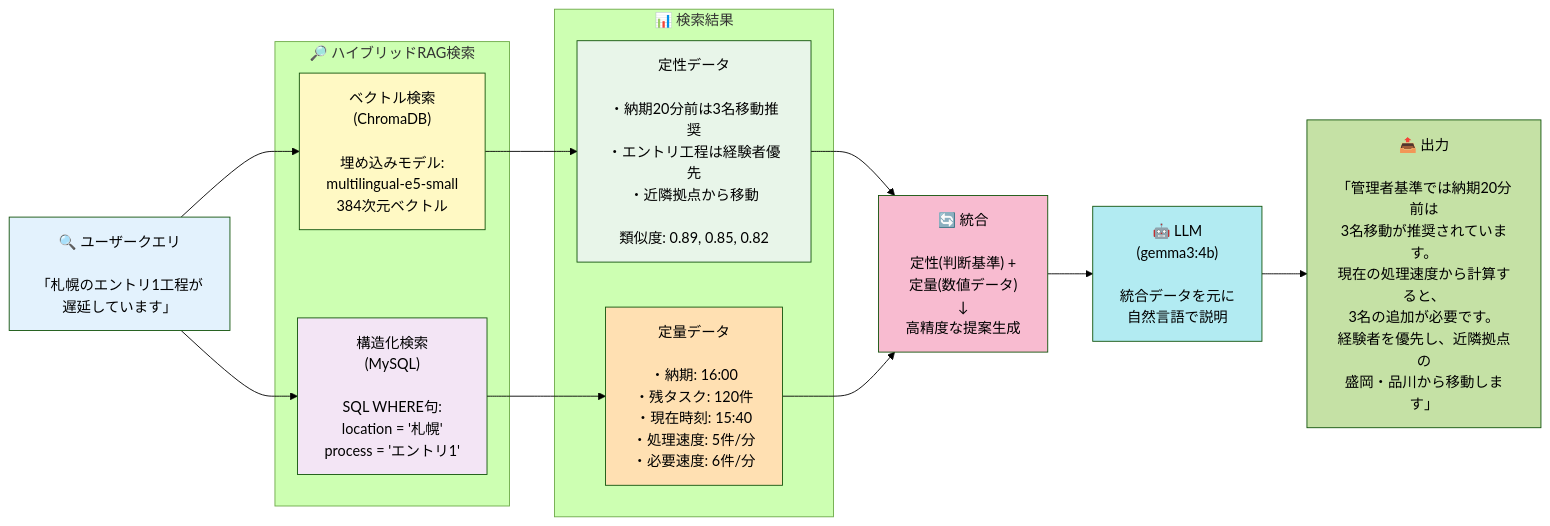
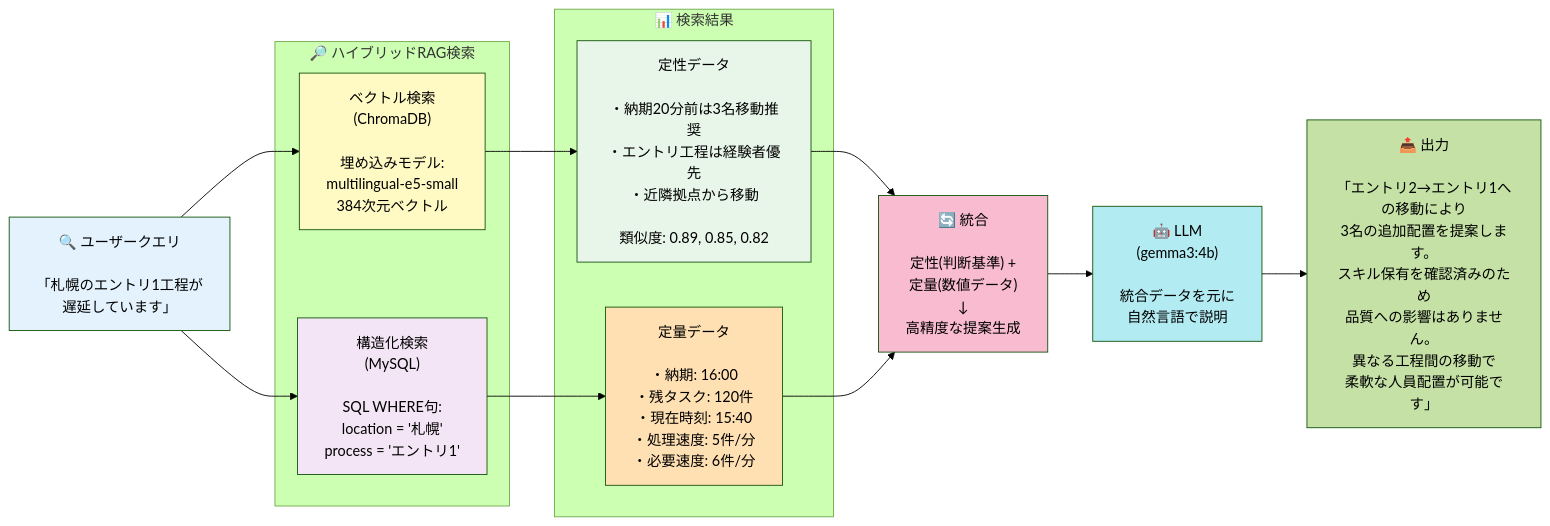
One commit to EraX-1/aimee-fe changed the third of 5 diagrams in SYSTEM_OVERVIEW.md. Above: the diagram before and after it, drawn with Mermaid (forest theme). The commit also changed other lines of this file and 2 other files, not shown here.

````diff
--- a/SYSTEM_OVERVIEW.md
+++ b/SYSTEM_OVERVIEW.md
@@ -174,43 +174,43 @@
 ```mermaid
 graph LR
     Query["🔍 ユーザークエリ<br/><br/>「札幌のエントリ1工程が<br/>遅延しています」"]
 
     subgraph RAG["🔎 ハイブリッドRAG検索"]
         Vector["ベクトル検索<br/>(ChromaDB)<br/><br/>埋め込みモデル:<br/>multilingual-e5-small<br/>384次元ベクトル"]
 
         Structured["構造化検索<br/>(MySQL)<br/><br/>SQL WHERE句:<br/>location = '札幌'<br/>process = 'エントリ1'"]
     end
 
     subgraph Results["📊 検索結果"]
         VectorResult["定性データ<br/><br/>・納期20分前は3名移動推奨<br/>・エントリ工程は経験者優先<br/>・近隣拠点から移動<br/><br/>類似度: 0.89, 0.85, 0.82"]
 
         StructuredResult["定量データ<br/><br/>・納期: 16:00<br/>・残タスク: 120件<br/>・現在時刻: 15:40<br/>・処理速度: 5件/分<br/>・必要速度: 6件/分"]
     end
 
     Integration["🔄 統合<br/><br/>定性(判断基準) +<br/>定量(数値データ)<br/>↓<br/>高精度な提案生成"]
 
     LLM["🤖 LLM<br/>(gemma3:4b)<br/><br/>統合データを元に<br/>自然言語で説明"]
 
-    Output["📤 出力<br/><br/>「管理者基準では納期20分前は<br/>3名移動が推奨されています。<br/>現在の処理速度から計算すると、<br/>3名の追加が必要です。<br/>経験者を優先し、近隣拠点の<br/>盛岡・品川から移動します」"]
+    Output["📤 出力<br/><br/>「エントリ2→エントリ1への移動により<br/>3名の追加配置を提案します。<br/>スキル保有を確認済みのため<br/>品質への影響はありません。<br/>異なる工程間の移動で<br/>柔軟な人員配置が可能です」"]
 
     Query --> Vector
     Query --> Structured
 
     Vector --> VectorResult
     Structured --> StructuredResult
 
     VectorResult --> Integration
     StructuredResult --> Integration
 
     Integration --> LLM
     LLM --> Output
 
     style Query fill:#e3f2fd
     style Vector fill:#fff9c4
     style Structured fill:#f3e5f5
     style VectorResult fill:#e8f5e9
     style StructuredResult fill:#ffe0b2
     style Integration fill:#f8bbd0
     style LLM fill:#b2ebf2
     style Output fill:#c5e1a5
 ```
````
